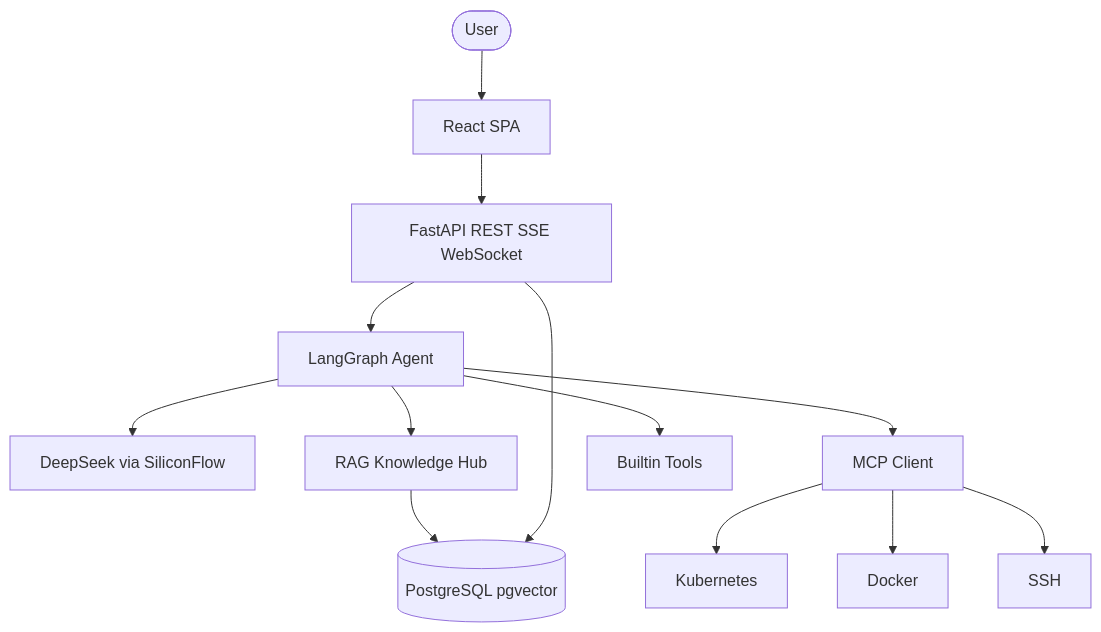
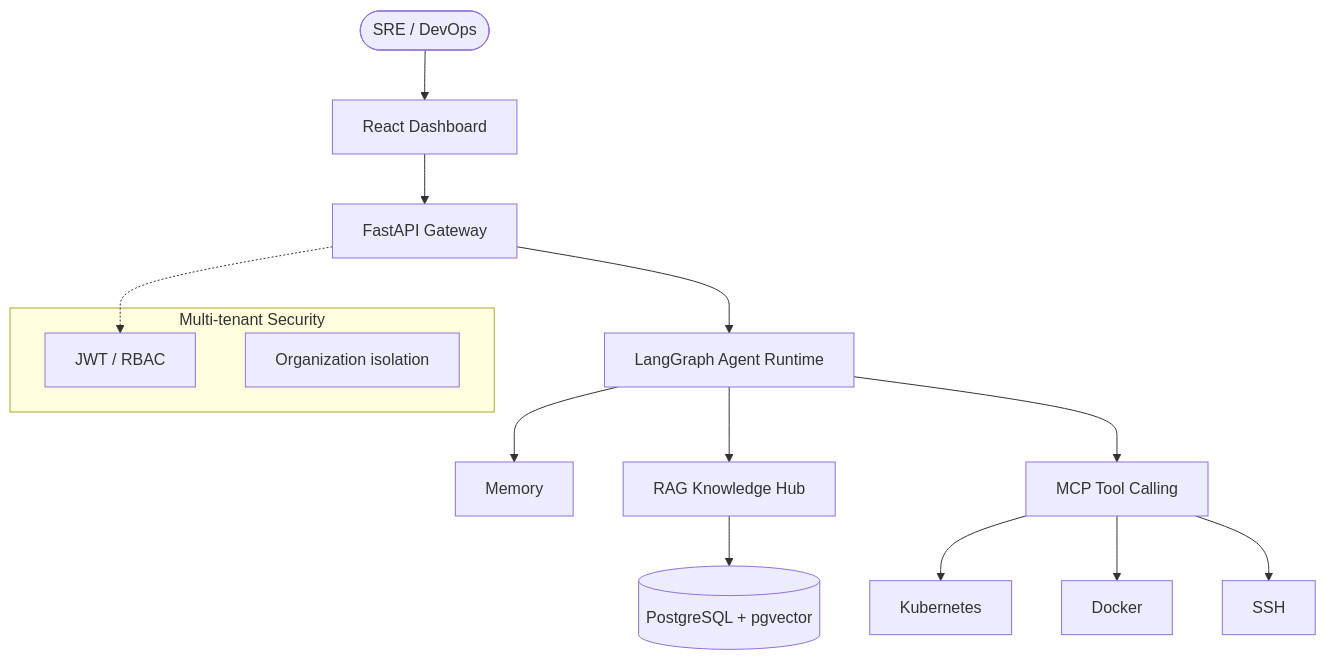
The first of 2 diagrams in README.md (zhifengjin050-arch/enterprise-ai-sre-platform), drawn with Mermaid before and after one commit. The commit also changed other lines of this file and 8 other files, not shown here.

Commit message:
docs: enterprise GitHub showcase for AI DevOps Platform

````diff
--- a/README.md
+++ b/README.md
@@ -108,15 +54,18 @@
 ```mermaid
 flowchart TB
-    User([User]) --> Front[React SPA]
-    Front --> API[FastAPI REST SSE WebSocket]
-    API --> Agent[LangGraph Agent]
-    Agent --> LLM[DeepSeek via SiliconFlow]
+    User([SRE / DevOps]) --> UI[React Dashboard]
+    UI --> API[FastAPI Gateway]
+    API --> Agent[LangGraph Agent Runtime]
+    Agent --> Mem[Memory]
     Agent --> RAG[RAG Knowledge Hub]
-    Agent --> MCP[MCP Client]
-    Agent --> Tools[Builtin Tools]
+    Agent --> MCP[MCP Tool Calling]
     MCP --> K8s[Kubernetes]
     MCP --> Docker[Docker]
     MCP --> SSH[SSH]
-    RAG --> PG[(PostgreSQL pgvector)]
-    API --> PG
+    RAG --> PG[(PostgreSQL + pgvector)]
+    subgraph security [Multi-tenant Security]
+      JWT[JWT / RBAC]
+      Org[Organization isolation]
+    end
+    API -.-> JWT
 ```
````
